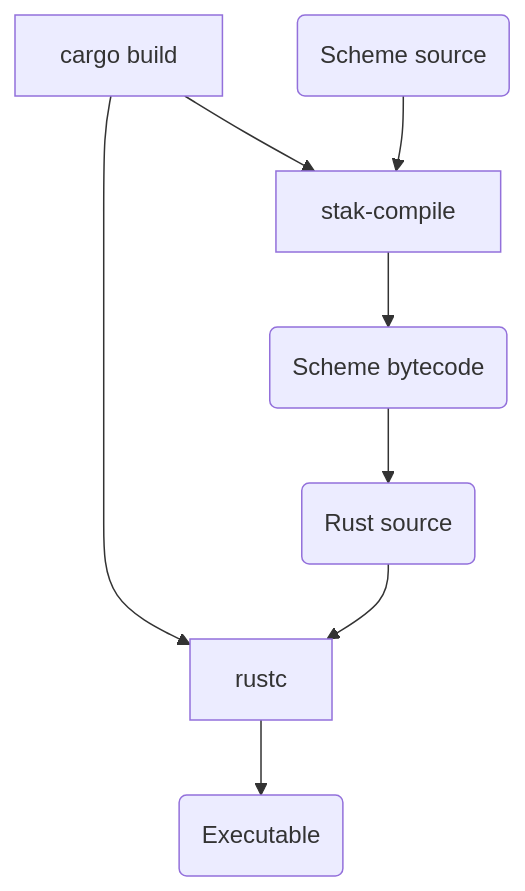
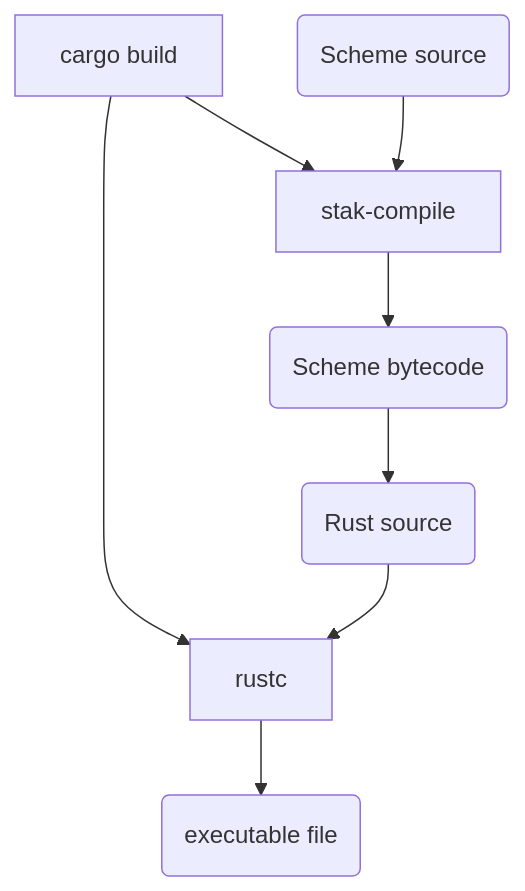
One commit to raviqqe/doc changed the diagram in papers/stak-scheme/embedding_script.mmd. Above: the diagram before and after it, drawn with Mermaid.

```diff
--- a/papers/stak-scheme/embedding_script.mmd
+++ b/papers/stak-scheme/embedding_script.mmd
@@ -1,8 +1,6 @@
 graph TD
   B[cargo build] --> RC
   B --> SC
 
   SS(Scheme source) --> SC[stak-compile] --> SB(Scheme bytecode) --> RS
-  RS(Rust source) --> RC[rustc] --> X
-
-  X(Executable)
+  RS(Rust source) --> RC[rustc] --> RB(executable file)
```
